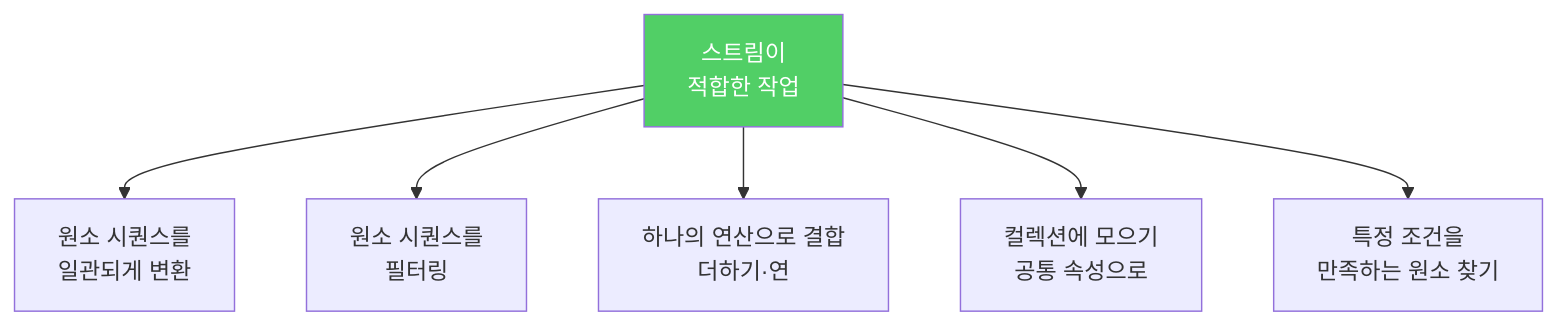
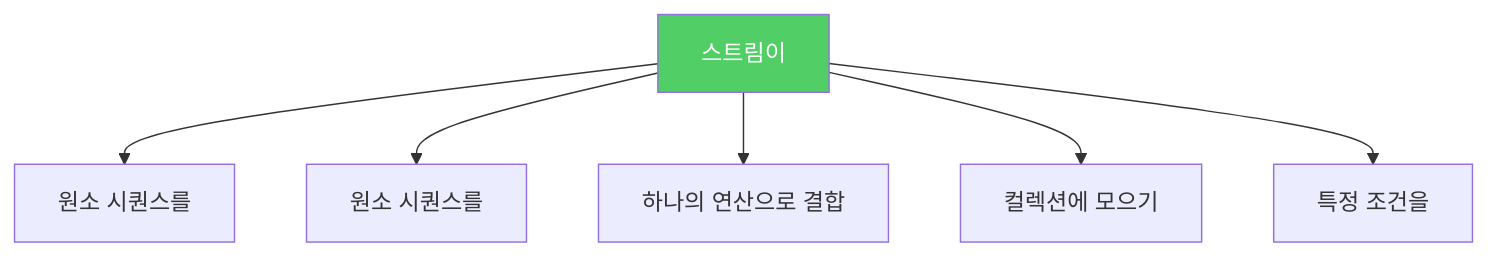
Before and after one commit to yjkim2015/yjkim2015.github.io: the third of 3 diagrams in _posts/java/2022-01-22-effective-java45.md, drawn with Mermaid. The commit also changed other lines of this file and 217 other files, not shown here.

First line of the commit message:
Mermaid 크기 수정: useMaxWidth:true + SVG max-width:100% + 라벨 축소

````diff
--- a/_posts/java/2022-01-22-effective-java45.md
+++ b/_posts/java/2022-01-22-effective-java45.md
@@ -114,9 +114,9 @@
 ```mermaid
 graph TD
-    A["스트림이\n적합한 작업"] --> B["원소 시퀀스를\n일관되게 변환"]
-    A --> C["원소 시퀀스를\n필터링"]
-    A --> D["하나의 연산으로 결합\n더하기·연"]
-    A --> E["컬렉션에 모으기\n공통 속성으로"]
-    A --> F["특정 조건을\n만족하는 원소 찾기"]
+    A["스트림이"] --> B["원소 시퀀스를"]
+    A --> C["원소 시퀀스를"]
+    A --> D["하나의 연산으로 결합"]
+    A --> E["컬렉션에 모으기"]
+    A --> F["특정 조건을"]
     style A fill:#51cf66,color:#fff
 ```
````
